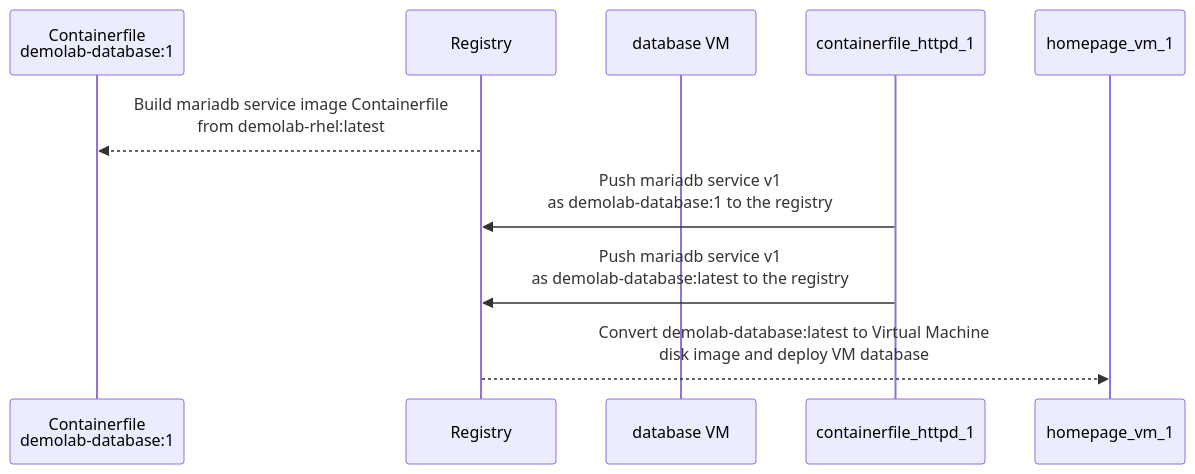
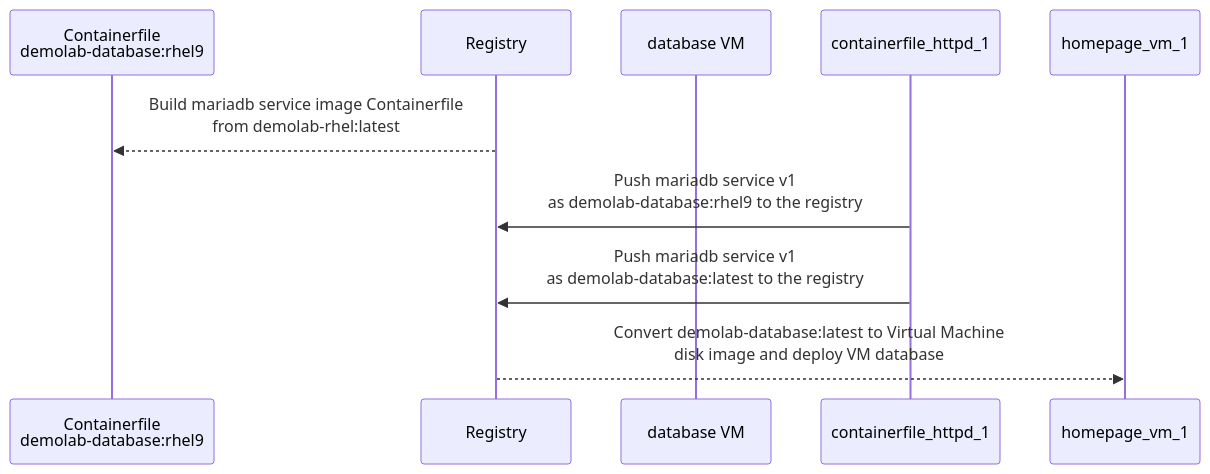
Before and after one commit to jvdbreggen/imagemodedemo: the sixth of 10 diagrams in README.md, drawn with Mermaid. The commit also changed other lines of this file, not shown here.

````diff
--- a/README.md
+++ b/README.md
@@ -504,13 +524,13 @@
 ```mermaid
 sequenceDiagram
     %% Actors
-    participant containerfile_database_1 as Containerfile<br/>demolab-database:1
+    participant containerfile_database_1 as Containerfile<br/>demolab-database:rhel9
     participant registry as Registry
     participant database_vm_1 as database VM
 
     %% MainVM Creationsu workflow
     registry-->>containerfile_database_1: Build mariadb service image Containerfile<br/>from demolab-rhel:latest
-    containerfile_httpd_1->>registry: Push mariadb service v1<br/>as demolab-database:1 to the registry
+    containerfile_httpd_1->>registry: Push mariadb service v1<br/>as demolab-database:rhel9 to the registry
     containerfile_httpd_1->>registry: Push mariadb service v1<br/>as demolab-database:latest to the registry
     registry-->>homepage_vm_1: Convert demolab-database:latest to Virtual Machine<br/> disk image and deploy VM database
 ```
````
